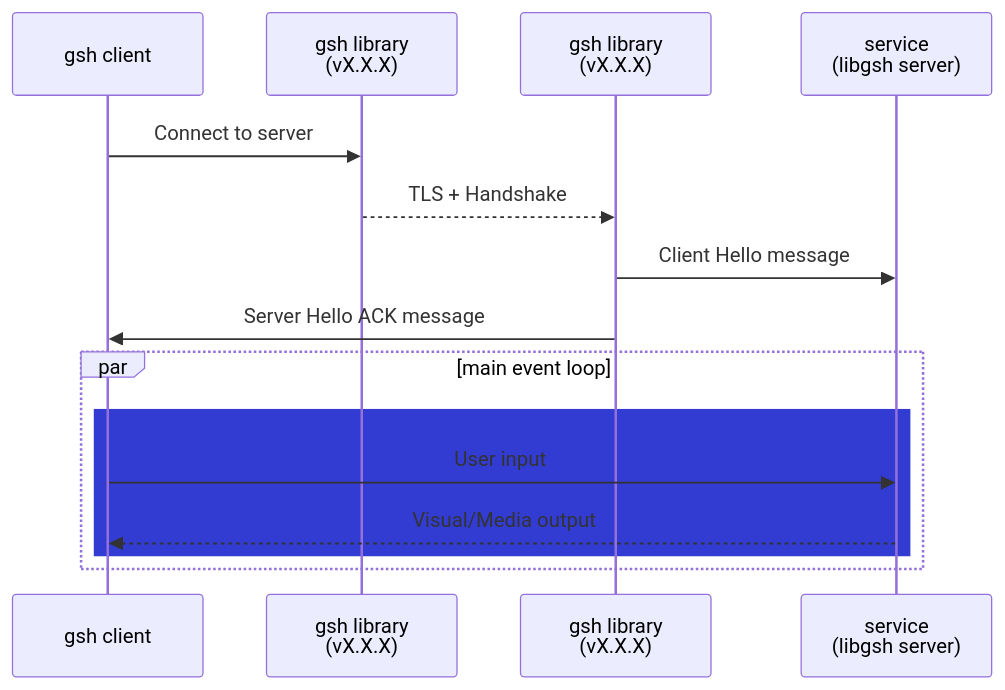
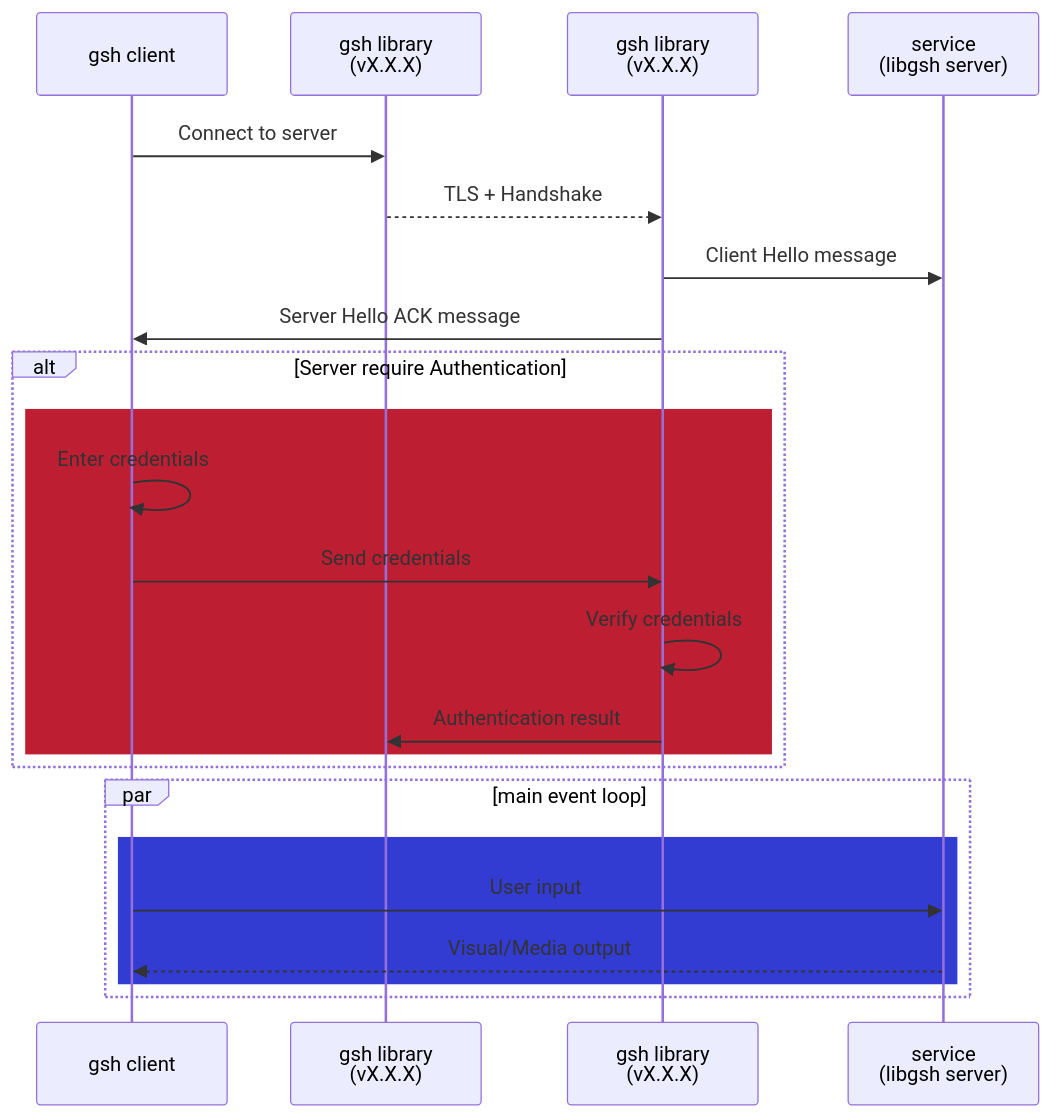
The diagram in libgsh/README.md (WilliamRagstad/gsh), drawn with Mermaid before and after one commit. The commit also changed 17 other files, not shown here.

````diff
--- a/libgsh/README.md
+++ b/libgsh/README.md
@@ -42,18 +42,26 @@
 ```mermaid
 sequenceDiagram
 	participant Client as gsh client
 	participant CGSH as gsh library <br> (vX.X.X)
 	participant SGSH as gsh library <br> (vX.X.X)
 	participant Server as service <br> (libgsh server)
 
 	Client->>CGSH: Connect to server
 	CGSH-->>SGSH: TLS + Handshake
 	SGSH->>Server: Client Hello message
 	SGSH->>Client: Server Hello ACK message
+	alt Server require Authentication
+	rect rgb(190, 30, 50)
+		Client->>Client: Enter credentials
+		Client->>SGSH: Send credentials
+		SGSH->>SGSH: Verify credentials
+		SGSH->>CGSH: Authentication result
+	end
+	end
 	par main event loop
     rect rgb(50, 60, 210)
 		Client->>Server: User input
 		Server-->>Client: Visual/Media output
 	end
 	end
 ```
````
